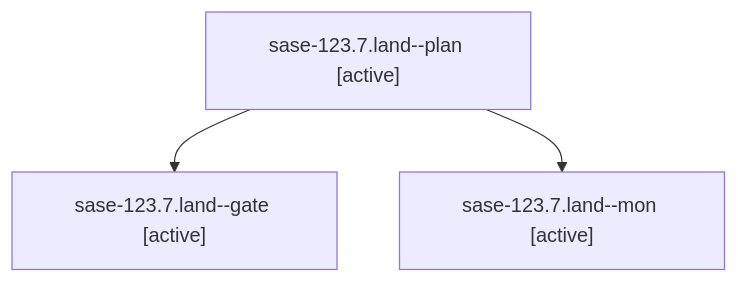
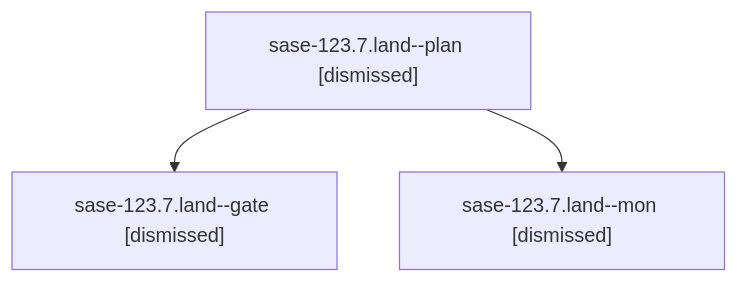
The diagram in sessions/bbugyi200.athena.sase-123.7.land.md (sase-org/sase--agents), drawn with Mermaid before and after one commit. The commit also changed other lines of this file and 306 other files, not shown here.

````diff
--- a/sessions/bbugyi200.athena.sase-123.7.land.md
+++ b/sessions/bbugyi200.athena.sase-123.7.land.md
@@ -9,8 +9,8 @@
 ```mermaid
 flowchart TD
-  n0["sase-123.7.land--plan [active]"]
-  n1["sase-123.7.land--gate [active]"]
+  n0["sase-123.7.land--plan [dismissed]"]
+  n1["sase-123.7.land--gate [dismissed]"]
   n0 --> n1
-  n2["sase-123.7.land--mon [active]"]
+  n2["sase-123.7.land--mon [dismissed]"]
   n0 --> n2
 ```
````
